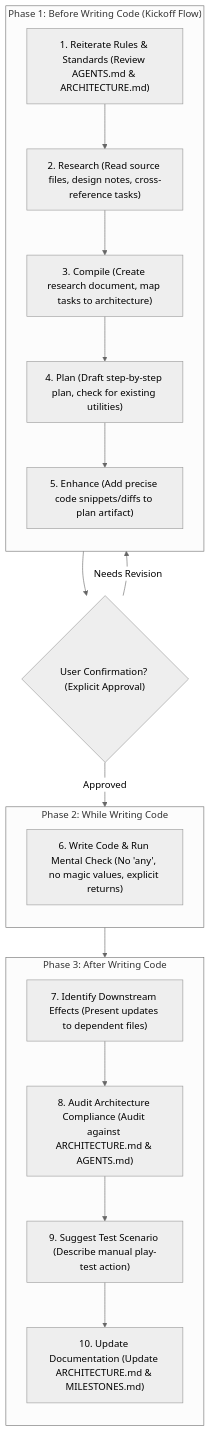
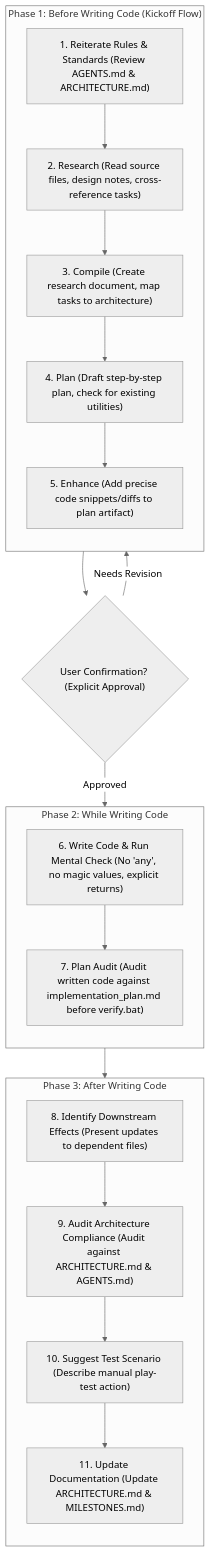
One commit to ThiagoRibas-dev/rogue_like changed the diagram in AGENTS.md. Above: the diagram before and after it, drawn with Mermaid (neutral theme). The commit also changed other lines of this file and 11 other files, not shown here.

````diff
--- a/AGENTS.md
+++ b/AGENTS.md
@@ -33,40 +33,42 @@
 ```mermaid
 flowchart TD
     subgraph Before ["Phase 1: Before Writing Code (Kickoff Flow)"]
         direction TB
         S1["1. Reiterate Rules & Standards (Review AGENTS.md & ARCHITECTURE.md)"]
         S2["2. Research (Read source files, design notes, cross-reference tasks)"]
         S3["3. Compile (Create research document, map tasks to architecture)"]
         S4["4. Plan (Draft step-by-step plan, check for existing utilities)"]
         S5["5. Enhance (Add precise code snippets/diffs to plan artifact)"]
         
         S1 --> S2
         S2 --> S3
         S3 --> S4
         S4 --> S5
     end
 
     Gate{"User Confirmation? (Explicit Approval)"}
     
     subgraph While ["Phase 2: While Writing Code"]
         direction TB
         S6["6. Write Code & Run Mental Check (No 'any', no magic values, explicit returns)"]
+        S6_5["7. Plan Audit (Audit written code against implementation_plan.md before verify.bat)"]
+        S6 --> S6_5
     end
 
     subgraph After ["Phase 3: After Writing Code"]
         direction TB
-        S7["7. Identify Downstream Effects (Present updates to dependent files)"]
-        S8["8. Audit Architecture Compliance (Audit against ARCHITECTURE.md & AGENTS.md)"]
-        S9["9. Suggest Test Scenario (Describe manual play-test action)"]
-        S10["10. Update Documentation (Update ARCHITECTURE.md & MILESTONES.md)"]
+        S7["8. Identify Downstream Effects (Present updates to dependent files)"]
+        S8["9. Audit Architecture Compliance (Audit against ARCHITECTURE.md & AGENTS.md)"]
+        S9["10. Suggest Test Scenario (Describe manual play-test action)"]
+        S10["11. Update Documentation (Update ARCHITECTURE.md & MILESTONES.md)"]
         
         S7 --> S8
         S8 --> S9
         S9 --> S10
     end
 
     S5 --> Gate
     Gate -- Approved --> S6
     Gate -- Needs Revision --> S4
-    S6 --> S7
+    S6_5 --> S7
 ```
````
